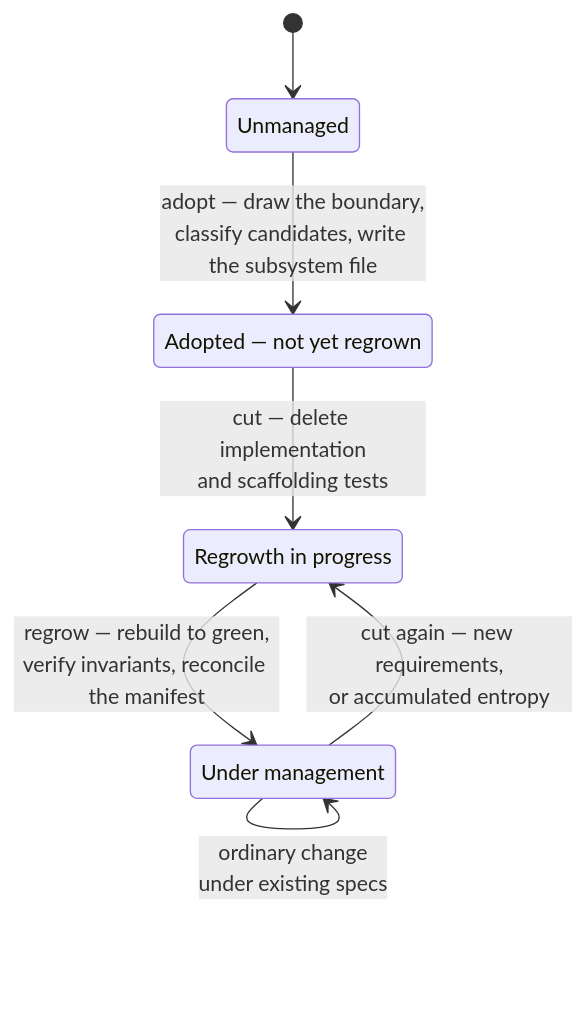
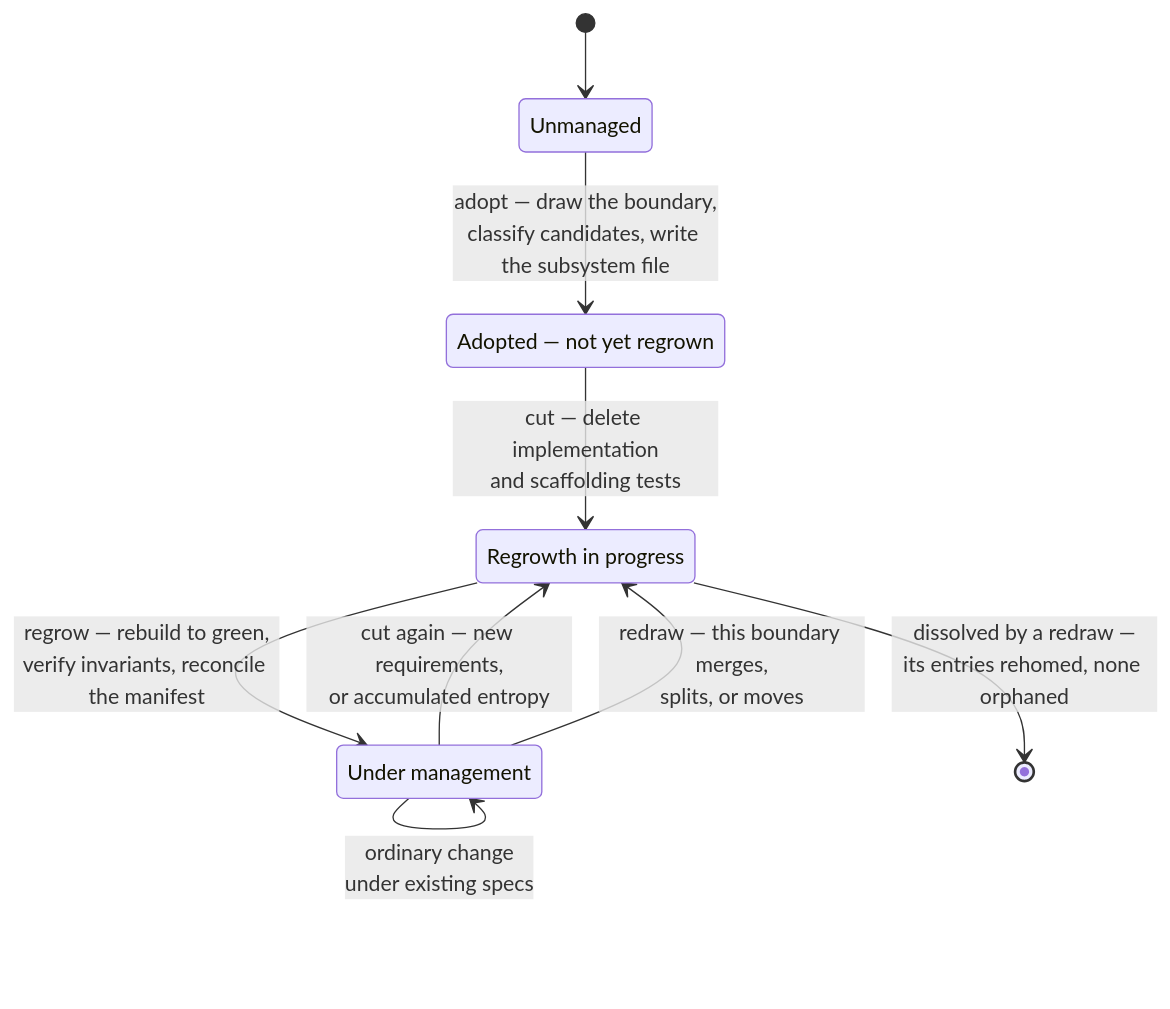
One commit to infews/specs_of_theseus changed the diagram in skills/specs-of-theseus/SKILL.md. Above: the diagram before and after it, drawn with Mermaid. The commit also changed other lines of this file and 16 other files, not shown here.

````diff
--- a/skills/specs-of-theseus/SKILL.md
+++ b/skills/specs-of-theseus/SKILL.md
@@ -104,14 +42,16 @@
 ```mermaid
 stateDiagram-v2
     [*] --> Unmanaged
     Unmanaged --> Adopted: adopt — draw the boundary,<br/>classify candidates, write the subsystem file
     Adopted --> Regrowing: cut — delete implementation<br/>and scaffolding tests
     Regrowing --> Managed: regrow — rebuild to green,<br/>verify invariants, reconcile the manifest
     Managed --> Regrowing: cut again — new requirements,<br/>or accumulated entropy
     Managed --> Managed: ordinary change<br/>under existing specs
+    Managed --> Regrowing: redraw — this boundary merges,<br/>splits, or moves
+    Regrowing --> [*]: dissolved by a redraw —<br/>its entries rehomed, none orphaned
 
     Unmanaged: Unmanaged
     Adopted: Adopted — not yet regrown
     Regrowing: Regrowth in progress
     Managed: Under management
 ```
````
